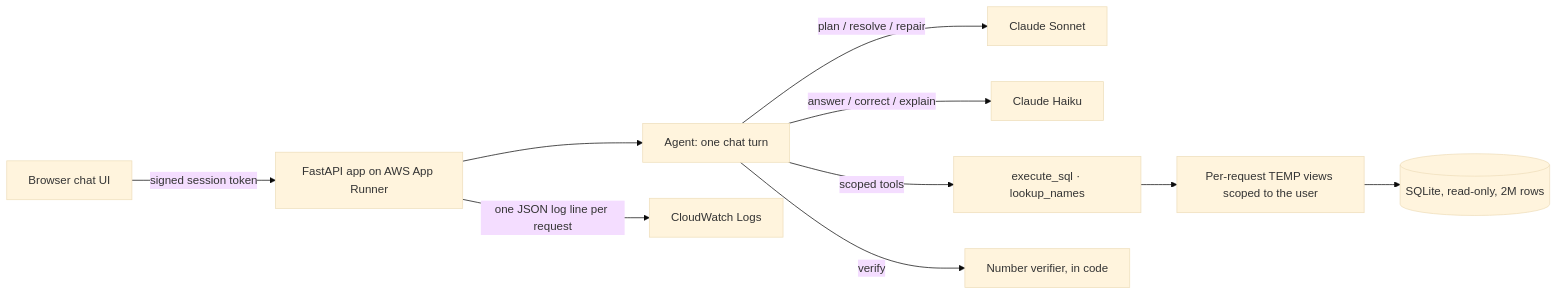
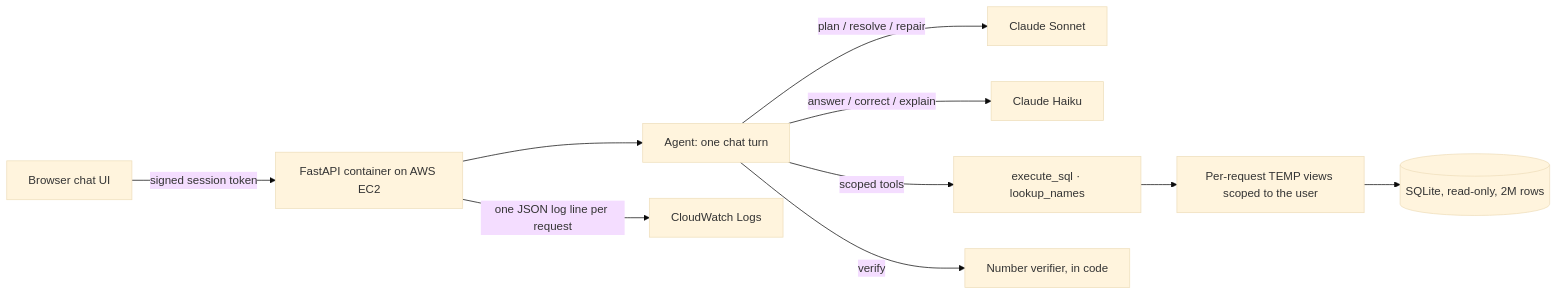
The first of 3 diagrams in DESIGN.md (PrashanthTalwarr/nl2sql-assignment), drawn with Mermaid (base theme) before and after one commit. The commit also changed other lines of this file and 1 other file, not shown here.

````diff
--- a/DESIGN.md
+++ b/DESIGN.md
@@ -79,12 +79,12 @@
 ```mermaid
 flowchart LR
-    U["Browser chat UI"] -->|"signed session token"| API["FastAPI app on AWS App Runner"]
+    U["Browser chat UI"] -->|"signed session token"| API["FastAPI container on AWS EC2"]
     API --> A["Agent: one chat turn"]
     A -->|"plan / resolve / repair"| L1["Claude Sonnet"]
     A -->|"answer / correct / explain"| L2["Claude Haiku"]
     A -->|"scoped tools"| T["execute_sql · lookup_names"]
     T --> V["Per-request TEMP views scoped to the user"]
     V --> DB[("SQLite, read-only, 2M rows")]
     A -->|"verify"| VF["Number verifier, in code"]
     API -->|"one JSON log line per request"| CW["CloudWatch Logs"]
 ```
````
